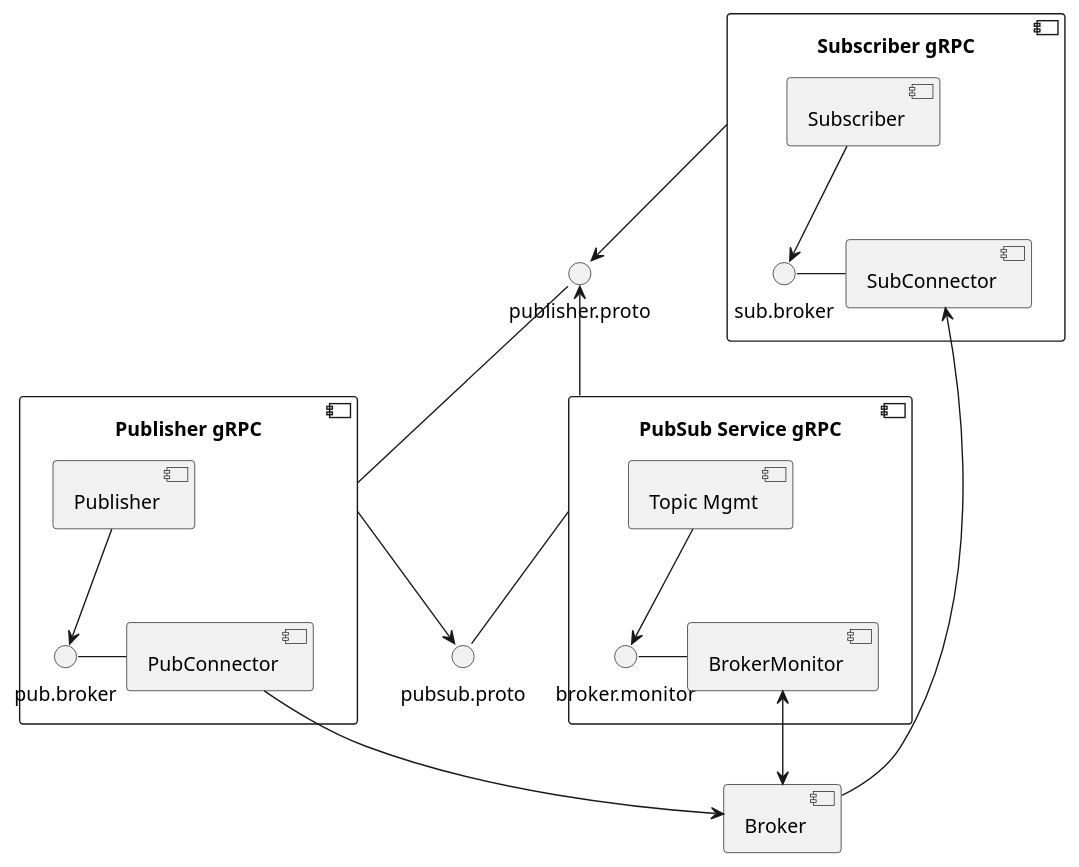
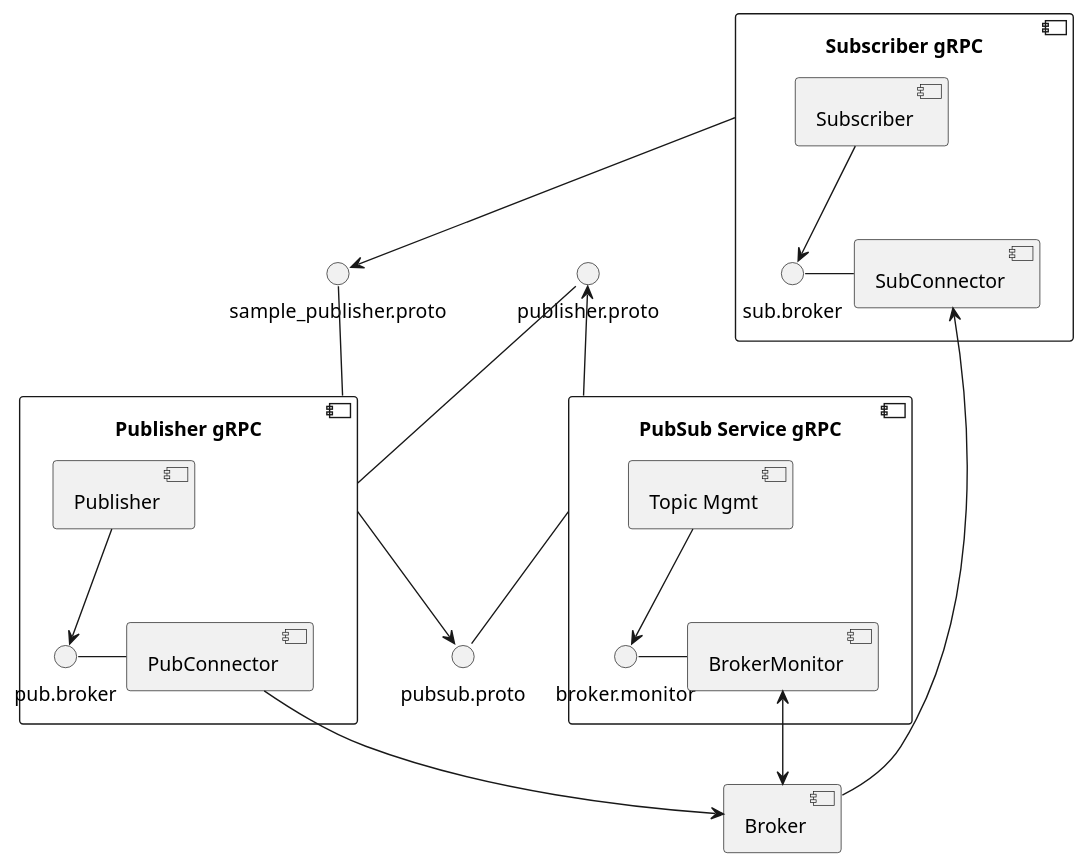
Before and after one commit to eclipse-chariott/Agemo: the diagram in docs/diagrams/pubsub_component_broker_interface.puml, drawn with PlantUML. The commit also changed 3 other files, not shown here.

Commit message:
Update documentation and diagrams to show new pattern

```diff
--- a/docs/diagrams/pubsub_component_broker_interface.puml
+++ b/docs/diagrams/pubsub_component_broker_interface.puml
@@ -1,29 +1,30 @@
 @startuml pubsub component diagram with broker interface
 component "Publisher gRPC" as pub {
     [Publisher] --> pub.broker
     pub.broker - [PubConnector]
 }
 
 pub -up- publisher.proto
+pub -up- sample_publisher.proto
 pub --> pubsub.proto
 
 component "PubSub Service gRPC" as ps_service {
     [Topic Mgmt] --> broker.monitor
     broker.monitor - [BrokerMonitor]
 }
 
 ps_service -- pubsub.proto
 ps_service -up-> publisher.proto
 
 component "Subscriber gRPC" as sub {
     [Subscriber] --> sub.broker
     sub.broker - [SubConnector]
 }
 
-sub --> publisher.proto
+sub --> sample_publisher.proto
 
 [PubConnector] -down-> [Broker]
 [BrokerMonitor] <-down-> [Broker]
 [Broker] -> [SubConnector]
 
 @enduml
```
